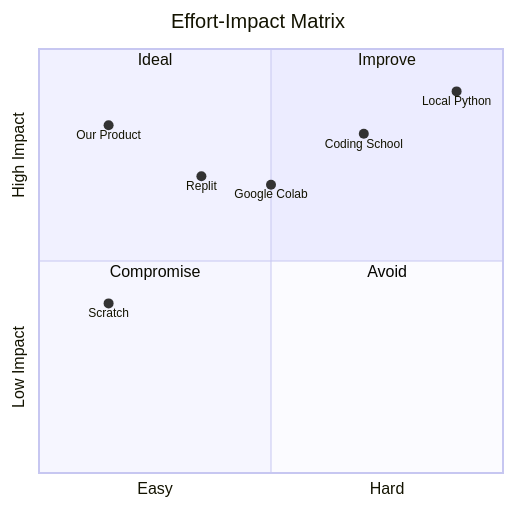
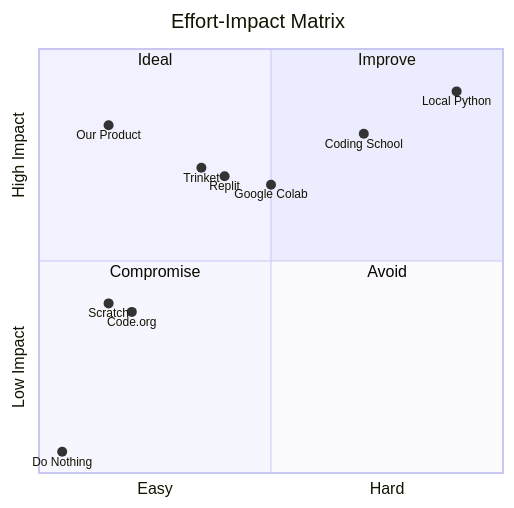
Before and after one commit to tatsuro-ueda/kids-python: the sixth of 17 diagrams in docs/customer-problems.md, drawn with Mermaid. The commit also changed other lines of this file and 1 other file, not shown here.

````diff
--- a/docs/customer-problems.md
+++ b/docs/customer-problems.md
@@ -197,16 +229,19 @@
 ```mermaid
 quadrantChart
     title Effort-Impact Matrix
     x-axis Easy --> Hard
     y-axis Low Impact --> High Impact
     quadrant-1 Improve
     quadrant-2 Ideal
     quadrant-3 Compromise
     quadrant-4 Avoid
     Our Product: [0.15, 0.82]
     Scratch: [0.15, 0.40]
-    Replit: [0.35, 0.70]
+    Code.org: [0.20, 0.38]
+    Trinket: [0.35, 0.72]
+    Replit: [0.40, 0.70]
     Google Colab: [0.50, 0.68]
     Coding School: [0.70, 0.80]
     Local Python: [0.90, 0.90]
+    Do Nothing: [0.05, 0.05]
 ```
````
